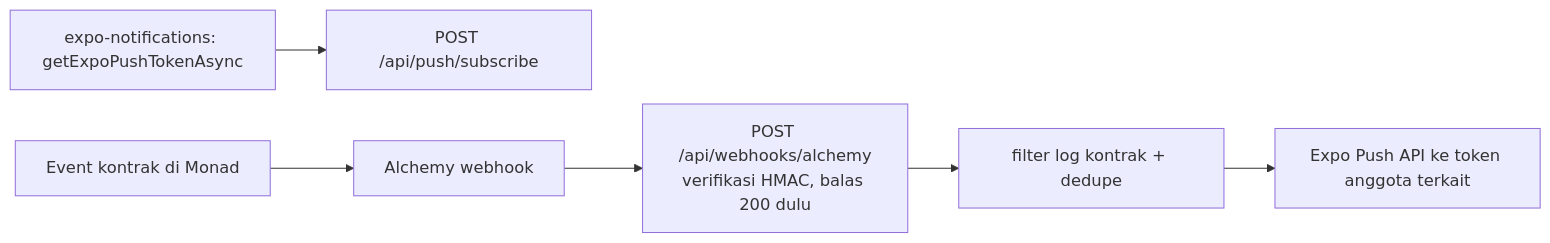
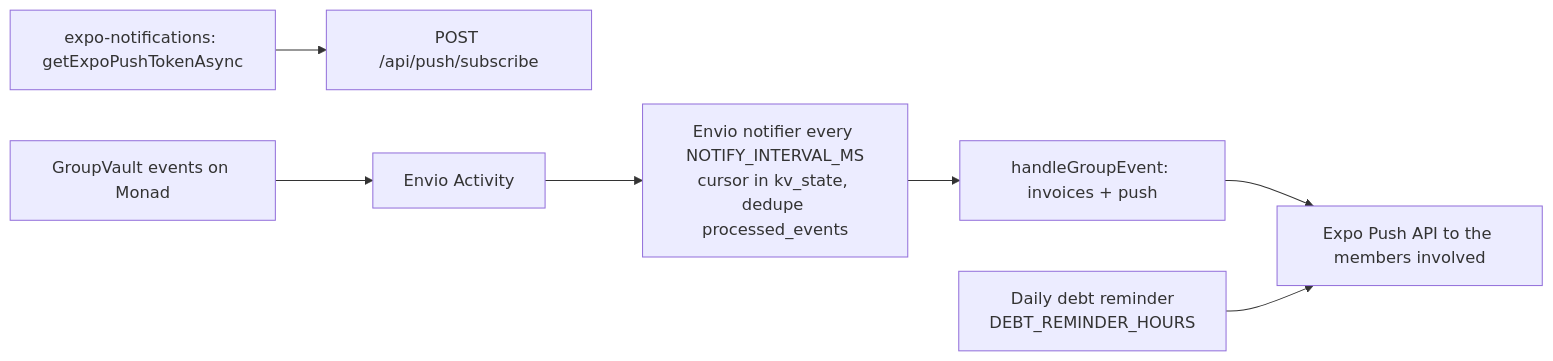
Before and after one commit to sewunodetech/tekosoe: the seventh of 7 diagrams in apps/api/docs/API.md, drawn with Mermaid. The commit also changed other lines of this file and 24 other files, not shown here.

````diff
--- a/apps/api/docs/API.md
+++ b/apps/api/docs/API.md
@@ -203,8 +207,9 @@
 ```mermaid
 flowchart LR
   A[expo-notifications: getExpoPushTokenAsync] --> B[POST /api/push/subscribe]
-  C[Event kontrak di Monad] --> D[Alchemy webhook]
-  D --> E[POST /api/webhooks/alchemy<br/>verifikasi HMAC, balas 200 dulu]
-  E --> F[filter log kontrak + dedupe]
-  F --> G[Expo Push API ke token anggota terkait]
+  C[GroupVault events on Monad] --> D[Envio Activity]
+  D --> E[Envio notifier every NOTIFY_INTERVAL_MS<br/>cursor in kv_state, dedupe processed_events]
+  E --> F[handleGroupEvent: invoices + push]
+  F --> G[Expo Push API to the members involved]
+  H[Daily debt reminder<br/>DEBT_REMINDER_HOURS] --> G
 ```
````
